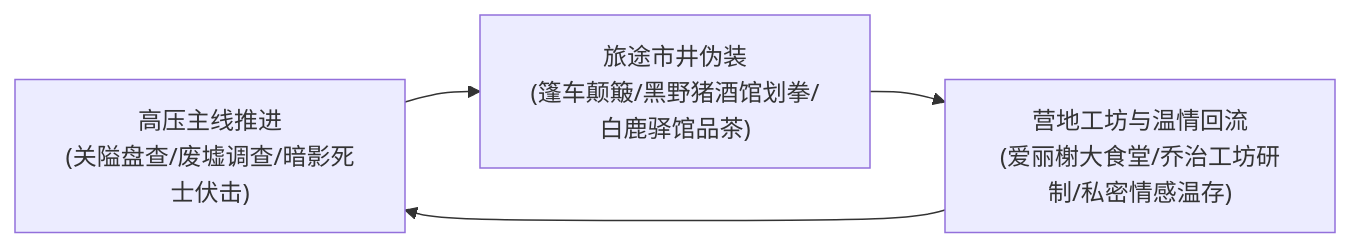
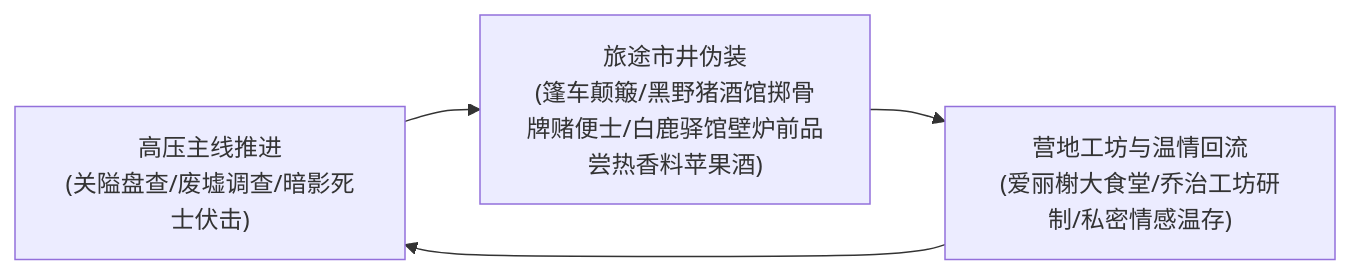
Before and after one commit to soranokiseki1437/eldoria-worldbook: the diagram in 方案/第二部/主线与世界扩充方案/03_多日常与生活呼吸感设计方案.md, drawn with Mermaid. The commit also changed 43 other files, not shown here.

````diff
--- a/方案/第二部/主线与世界扩充方案/03_多日常与生活呼吸感设计方案.md
+++ b/方案/第二部/主线与世界扩充方案/03_多日常与生活呼吸感设计方案.md
@@ -12,6 +12,6 @@
 ```mermaid
 graph LR
-    A["高压主线推进<br/>(关隘盘查/废墟调查/暗影死士伏击)"] --> B["旅途市井伪装<br/>(篷车颠簸/黑野猪酒馆划拳/白鹿驿馆品茶)"]
+    A["高压主线推进<br/>(关隘盘查/废墟调查/暗影死士伏击)"] --> B["旅途市井伪装<br/>(篷车颠簸/黑野猪酒馆掷骨牌赌便士/白鹿驿馆壁炉前品尝热香料苹果酒)"]
     B --> C["营地工坊与温情回流<br/>(爱丽榭大食堂/乔治工坊研制/私密情感温存)"]
     C --> A
 ```
````
